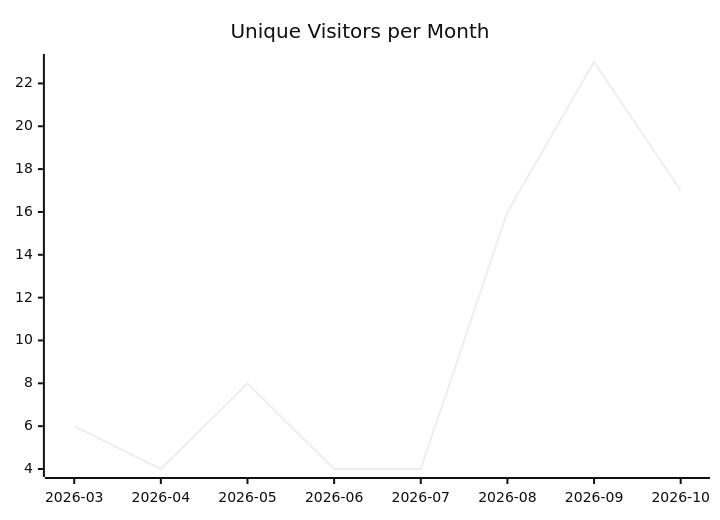
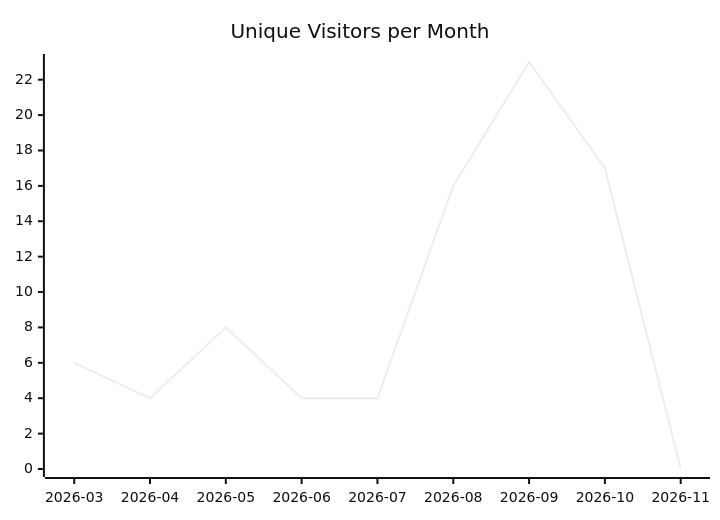
Before and after one commit to justdavis-family/github-analytics-data: the first of 3 diagrams in karlmdavis/xmlpull/README.md, drawn with Mermaid (neutral theme). The commit also changed other lines of this file and 201 other files, not shown here.

````diff
--- a/karlmdavis/xmlpull/README.md
+++ b/karlmdavis/xmlpull/README.md
@@ -5,6 +5,6 @@
 ```mermaid
 xychart-beta
   title "Unique Visitors per Month"
-  x-axis ["2026-03", "2026-04", "2026-05", "2026-06", "2026-07", "2026-08", "2026-09", "2026-10"]
-  line [6, 4, 8, 4, 4, 16, 23, 17]
+  x-axis ["2026-03", "2026-04", "2026-05", "2026-06", "2026-07", "2026-08", "2026-09", "2026-10", "2026-11"]
+  line [6, 4, 8, 4, 4, 16, 23, 17, 0]
 ```
````
